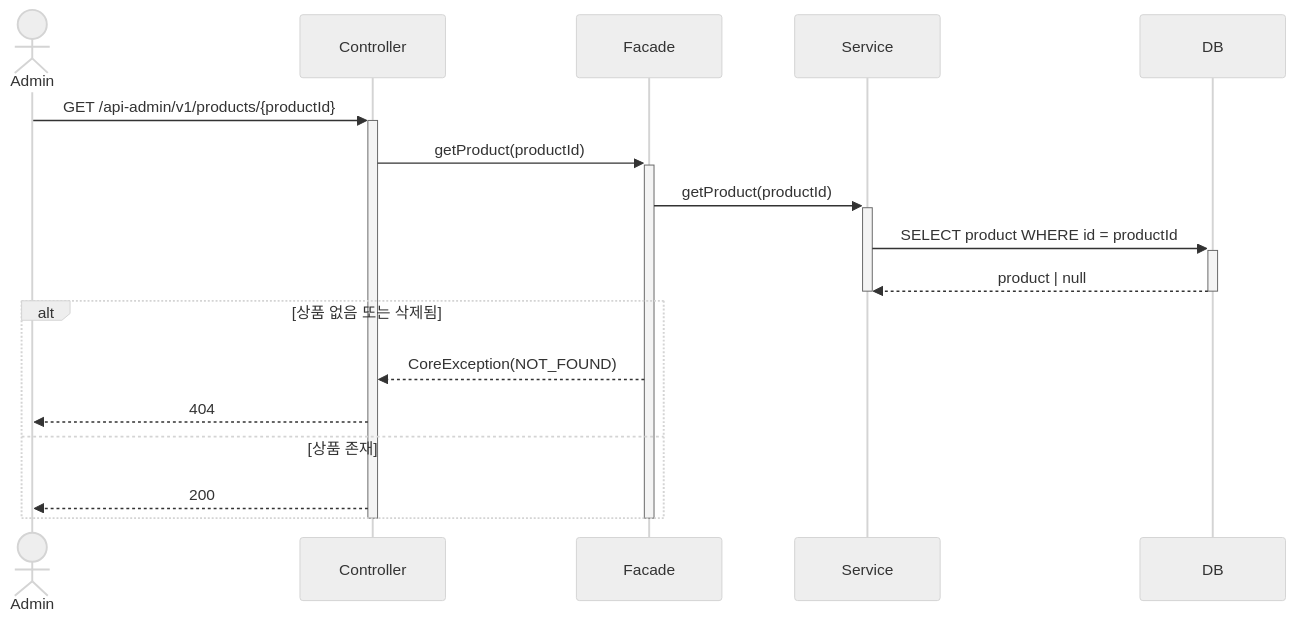
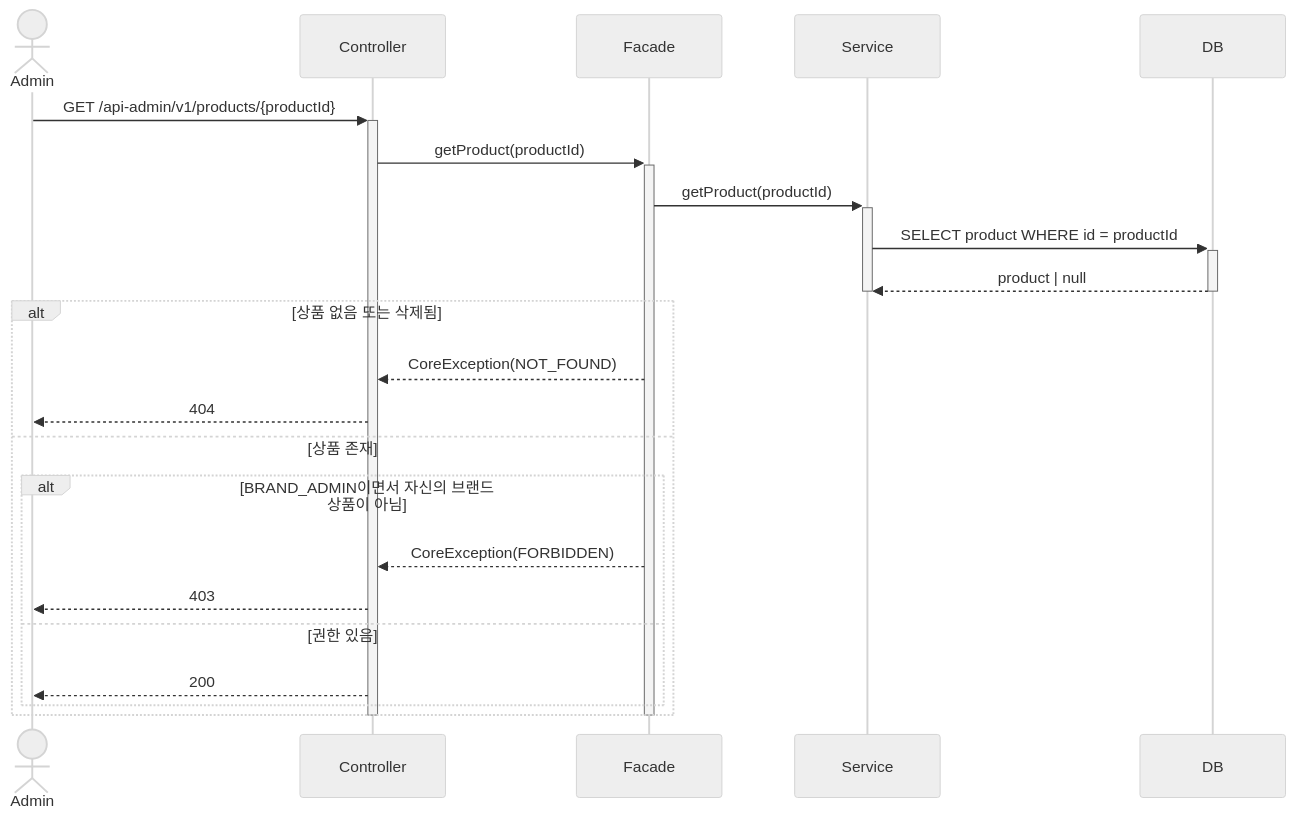
Before and after one commit to loopers-labs/loop-pack-be-l2-vol4-java: diagram 17 of 21 in .docs/design/02-sequence-diagrams.md, drawn with Mermaid (neutral theme). The commit also changed other lines of this file and 3 other files, not shown here.

````diff
--- a/.docs/design/02-sequence-diagrams.md
+++ b/.docs/design/02-sequence-diagrams.md
@@ -501,24 +533,29 @@
 ```mermaid
 sequenceDiagram
     actor Admin
     participant Controller
     participant Facade
     participant Service
     participant DB
 
     Admin->>+Controller: GET /api-admin/v1/products/{productId}
     Controller->>+Facade: getProduct(productId)
     Facade->>+Service: getProduct(productId)
     Service->>+DB: SELECT product WHERE id = productId
     DB-->>-Service: product | null
     deactivate Service
 
     alt 상품 없음 또는 삭제됨
         Facade-->>Controller: CoreException(NOT_FOUND)
         Controller-->>Admin: 404
     else 상품 존재
-        Controller-->>Admin: 200
+        alt BRAND_ADMIN이면서 자신의 브랜드 상품이 아님
+            Facade-->>Controller: CoreException(FORBIDDEN)
+            Controller-->>Admin: 403
+        else 권한 있음
+            Controller-->>Admin: 200
+        end
     end
     deactivate Facade
     deactivate Controller
 ```
````
